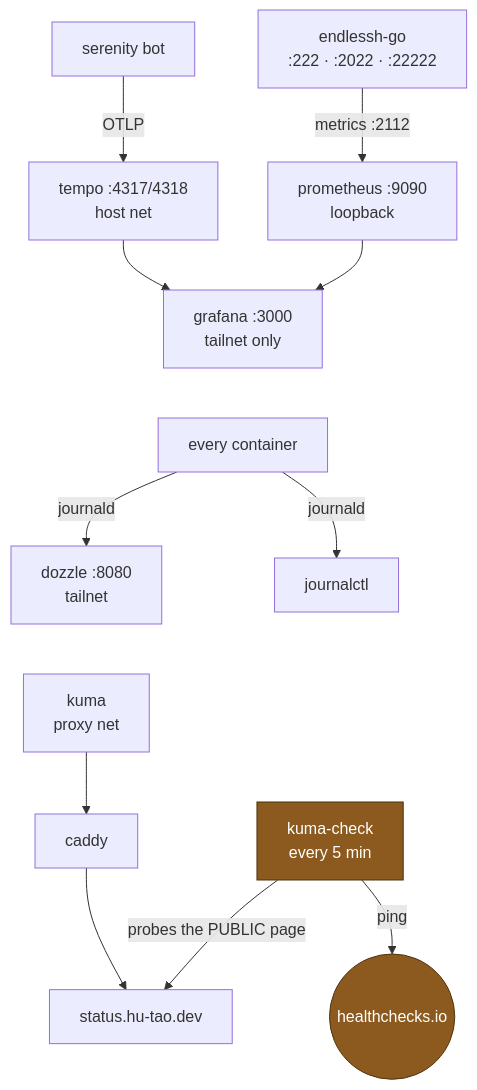
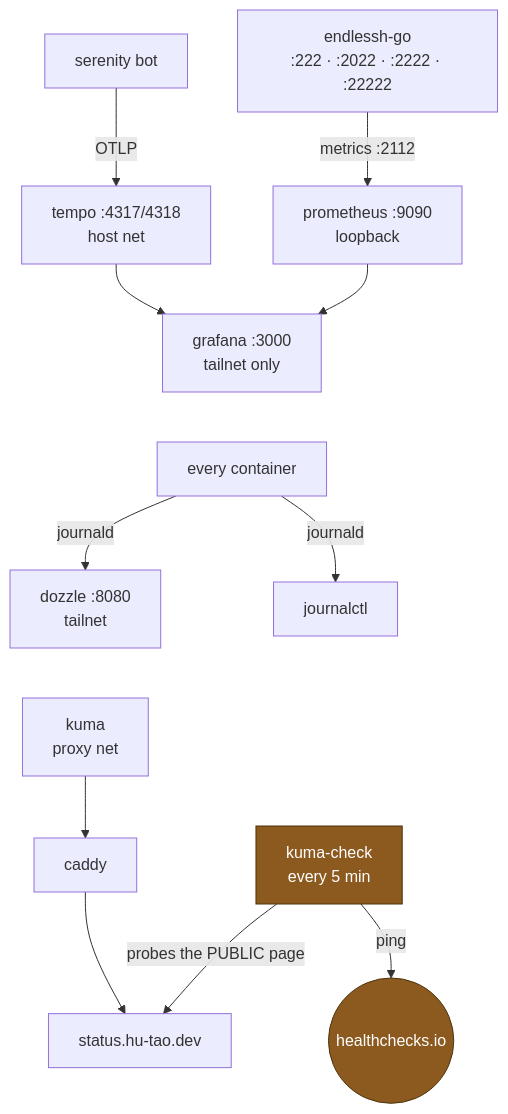
The diagram in docs/src/architecture/observability.md (1Git2Clone/vps), drawn with Mermaid before and after one commit. The commit also changed other lines of this file and 9 other files, not shown here.

````diff
--- a/docs/src/architecture/observability.md
+++ b/docs/src/architecture/observability.md
@@ -3,20 +3,20 @@
 ```mermaid
 flowchart TB
     bot["serenity bot"] -- OTLP --> tempo["tempo :4317/4318<br/>host net"]
     tempo --> graf["grafana :3000<br/>tailnet only"]
 
     graf ~~~ cont
     cont["every container"] -- journald --> doz["dozzle :8080<br/>tailnet"]
     cont -- journald --> jctl["journalctl"]
 
-    tarpit["endlessh-go<br/>:222 · :2022 · :22222"] -- "metrics :2112" --> prom["prometheus :9090<br/>loopback"]
+    tarpit["endlessh-go<br/>:222 · :2022 · :2222 · :22222"] -- "metrics :2112" --> prom["prometheus :9090<br/>loopback"]
     prom --> graf
 
     doz ~~~ kuma
     kuma["kuma<br/>proxy net"] --> cad["caddy"] --> status["status.hu-tao.dev"]
     check["kuma-check<br/>every 5 min"] -- "probes the PUBLIC page" --> status
     check -- ping --> hc(("healthchecks.io"))
 
     classDef alert fill:#8c5a1f,stroke:#4d330d,color:#fff
     class check,hc alert
 ```
````
